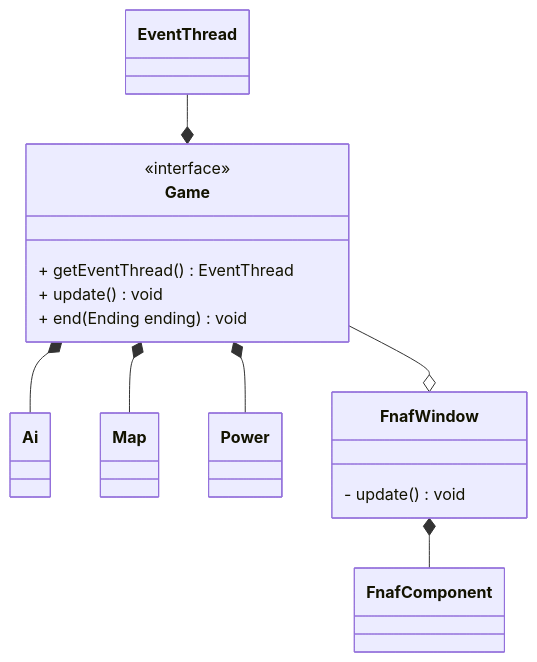
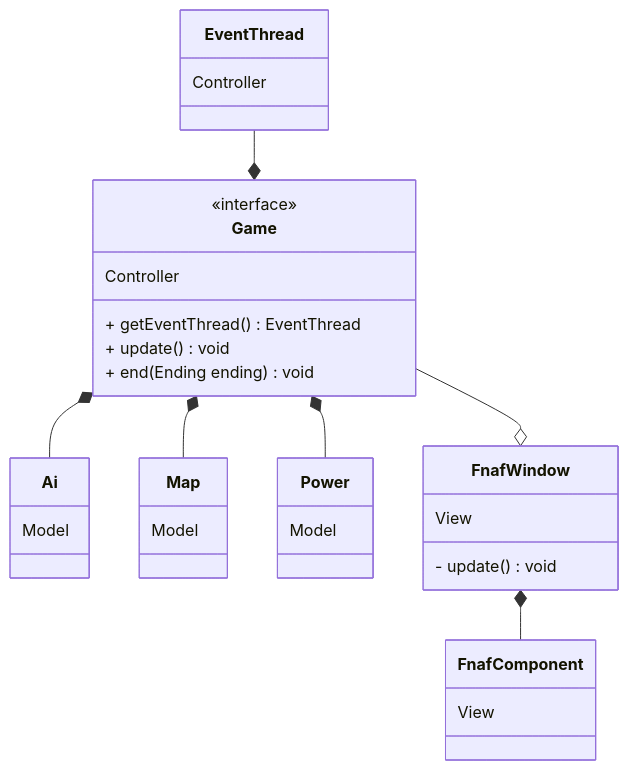
One commit to PastaCodes/OOP23-fnaf-retro changed the second of 2 diagrams in report.md. Above: the diagram before and after it, drawn with Mermaid.

Commit message:
Sistemato l'UML

````diff
--- a/report.md
+++ b/report.md
@@ -164,29 +164,35 @@
 ```mermaid
 classDiagram
-    %% namespace Model {
-        class Ai { }
-        class Map { }
-        class Power { }
-    %% }
-    %% namespace Controller {
-        class EventThread { }
-        class Game {
-            <<interface>>
-            + getEventThread() EventThread
-            + update() void
-            + end(Ending ending) void 
-        }
-    %% }
-    %% namespace View {
-        class FnafWindow {
-            - update() void
-        }
-        class FnafComponent { }
-    %% }
+    class Ai {
+        Model
+    }
+    class Map {
+        Model
+    }
+    class Power {
+        Model
+    }
+    class EventThread {
+        Controller
+    }
+    class Game {
+        <<interface>>
+        Controller
+        + getEventThread() EventThread
+        + update() void
+        + end(Ending ending) void 
+    }
+    class FnafWindow {
+        View
+        - update() void
+    }
+    class FnafComponent {
+        View
+    }
     EventThread --* Game
     FnafWindow *-- FnafComponent
     Game --o FnafWindow
     Game *-- Ai
     Game *-- Map
     Game *-- Power
 ```
````
